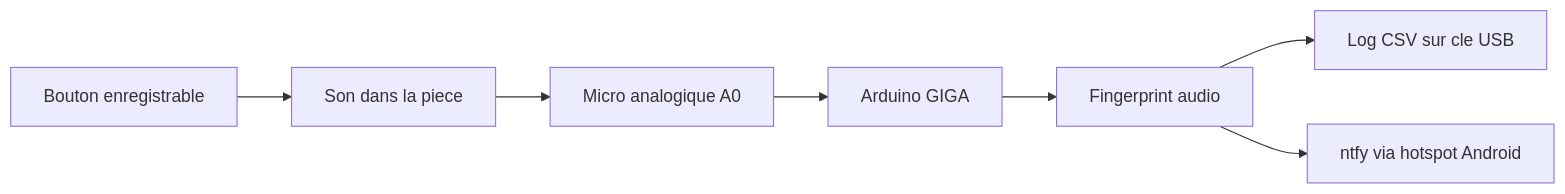
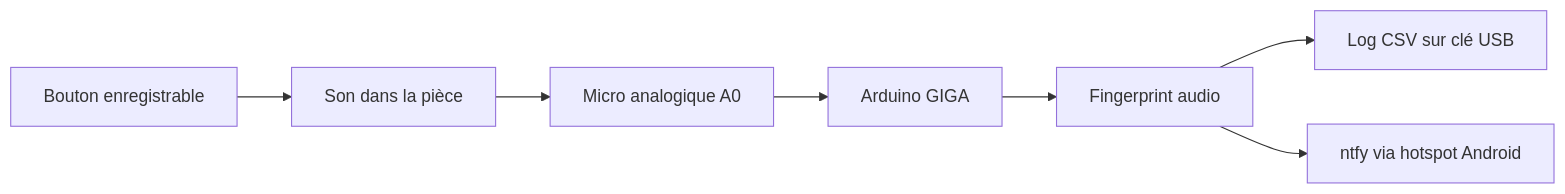
Before and after one commit to OroshiX/Talking-Pets-buttons: the diagram in README.md, drawn with Mermaid. The commit also changed other lines of this file and 10 other files, not shown here.

````diff
--- a/README.md
+++ b/README.md
@@ -11,9 +11,9 @@
 ```mermaid
 flowchart LR
-  A["Bouton enregistrable"] --> B["Son dans la piece"]
+  A["Bouton enregistrable"] --> B["Son dans la pièce"]
   B --> C["Micro analogique A0"]
   C --> D["Arduino GIGA"]
   D --> E["Fingerprint audio"]
-  E --> F["Log CSV sur cle USB"]
+  E --> F["Log CSV sur clé USB"]
   E --> G["ntfy via hotspot Android"]
 ```
````
